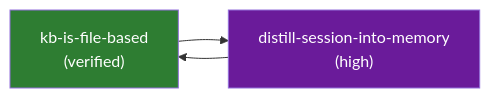
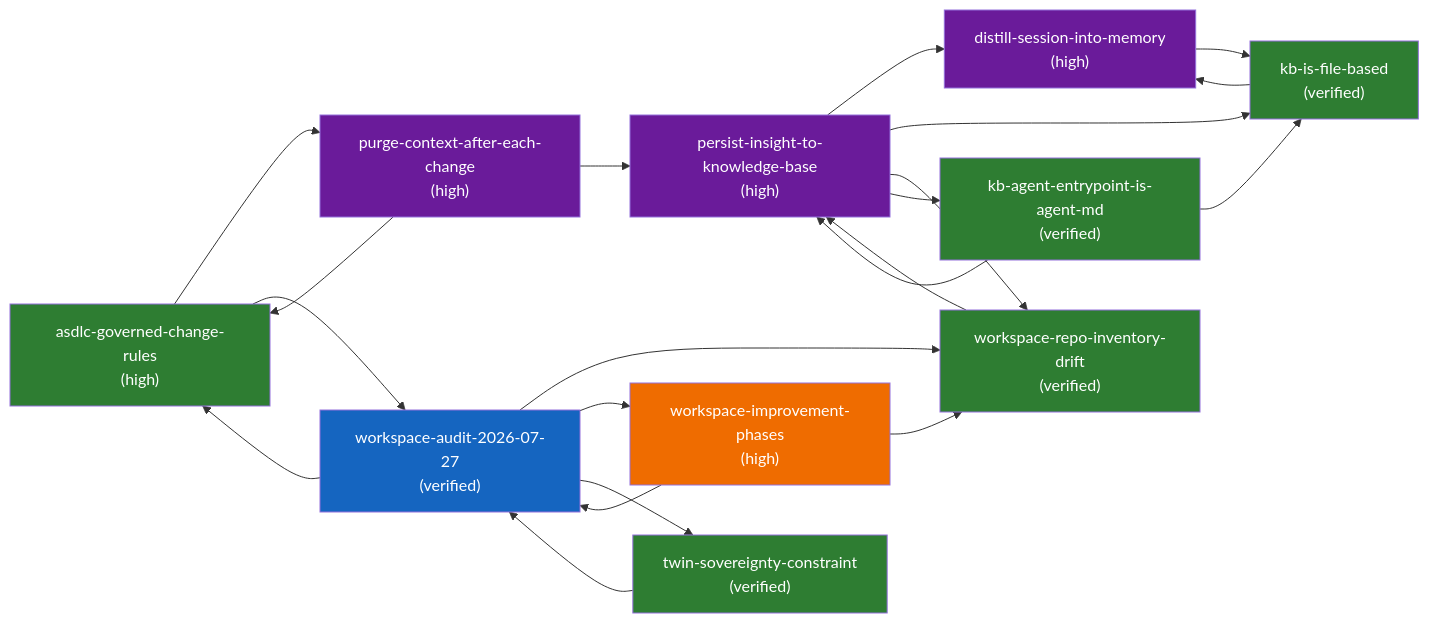
The diagram in .kb/generated/graph.mmd (jvanheerikhuize/knowledge-base), drawn with Mermaid before and after one commit. The commit also changed 10 other files, not shown here.

First line of the commit message:
feat(memory): record workspace inventory drift and KB entrypoint facts (#15)

```diff
--- a/.kb/generated/graph.mmd
+++ b/.kb/generated/graph.mmd
@@ -1,12 +1,38 @@
 flowchart LR
     classDef semantic fill:#2e7d32,color:#fff
     classDef episodic fill:#1565c0,color:#fff
     classDef procedural fill:#6a1b9a,color:#fff
     classDef working fill:#8d6e63,color:#fff
     classDef retrieval fill:#00838f,color:#fff
     classDef parametric fill:#455a64,color:#fff
     classDef prospective fill:#ef6c00,color:#fff
+    n_asdlc_governed_change_rules["asdlc-governed-change-rules<br/>(high)"]:::semantic
+    n_kb_agent_entrypoint_is_agent_md["kb-agent-entrypoint-is-agent-md<br/>(verified)"]:::semantic
     n_kb_is_file_based["kb-is-file-based<br/>(verified)"]:::semantic
+    n_twin_sovereignty_constraint["twin-sovereignty-constraint<br/>(verified)"]:::semantic
+    n_workspace_repo_inventory_drift["workspace-repo-inventory-drift<br/>(verified)"]:::semantic
+    n_workspace_audit_2026_07_27["workspace-audit-2026-07-27<br/>(verified)"]:::episodic
     n_distill_session_into_memory["distill-session-into-memory<br/>(high)"]:::procedural
+    n_persist_insight_to_knowledge_base["persist-insight-to-knowledge-base<br/>(high)"]:::procedural
+    n_purge_context_after_each_change["purge-context-after-each-change<br/>(high)"]:::procedural
+    n_workspace_improvement_phases["workspace-improvement-phases<br/>(high)"]:::prospective
+    n_asdlc_governed_change_rules --> n_purge_context_after_each_change
+    n_asdlc_governed_change_rules --> n_workspace_audit_2026_07_27
+    n_kb_agent_entrypoint_is_agent_md --> n_kb_is_file_based
+    n_kb_agent_entrypoint_is_agent_md --> n_persist_insight_to_knowledge_base
     n_kb_is_file_based --> n_distill_session_into_memory
+    n_twin_sovereignty_constraint --> n_workspace_audit_2026_07_27
+    n_workspace_repo_inventory_drift --> n_persist_insight_to_knowledge_base
+    n_workspace_audit_2026_07_27 --> n_workspace_repo_inventory_drift
+    n_workspace_audit_2026_07_27 --> n_workspace_improvement_phases
+    n_workspace_audit_2026_07_27 --> n_twin_sovereignty_constraint
+    n_workspace_audit_2026_07_27 --> n_asdlc_governed_change_rules
     n_distill_session_into_memory --> n_kb_is_file_based
+    n_persist_insight_to_knowledge_base --> n_distill_session_into_memory
+    n_persist_insight_to_knowledge_base --> n_kb_is_file_based
+    n_persist_insight_to_knowledge_base --> n_workspace_repo_inventory_drift
+    n_persist_insight_to_knowledge_base --> n_kb_agent_entrypoint_is_agent_md
+    n_purge_context_after_each_change --> n_persist_insight_to_knowledge_base
+    n_purge_context_after_each_change --> n_asdlc_governed_change_rules
+    n_workspace_improvement_phases --> n_workspace_audit_2026_07_27
+    n_workspace_improvement_phases --> n_workspace_repo_inventory_drift
```
